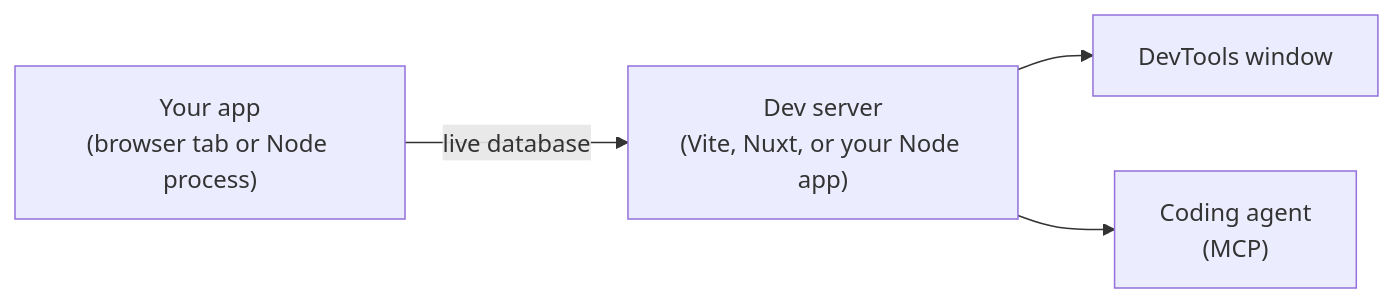
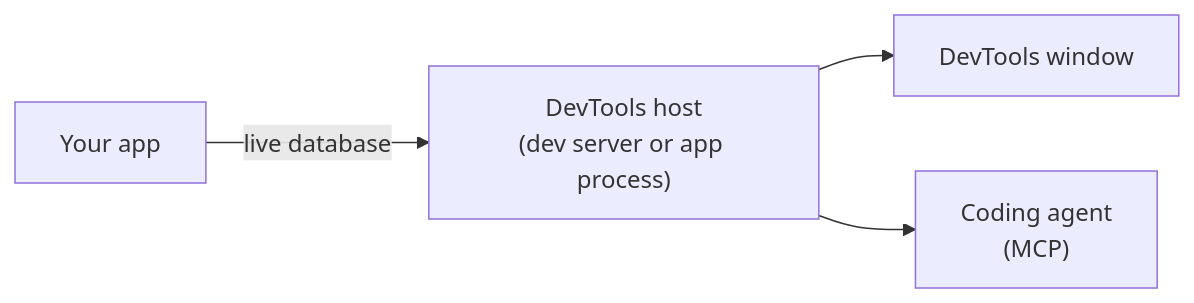
The diagram in tools/devtools-overview.mdx (powersync-ja/powersync-docs), drawn with Mermaid before and after one commit. The commit also changed other lines of this file and 5 other files, not shown here.

Commit message:
docs: Add Capacitor setup page to PowerSync DevTools

````diff
--- a/tools/devtools-overview.mdx
+++ b/tools/devtools-overview.mdx
@@ -33,6 +33,6 @@
 ```mermaid
 flowchart LR
-  App["Your app<br/>(browser tab or Node process)"] -- "live database" --> Host["Dev server<br/>(Vite, Nuxt, or your Node app)"]
+  App["Your app"] -- "live database" --> Host["DevTools host<br/>(dev server or app process)"]
   Host --> UI["DevTools window"]
   Host --> Agent["Coding agent<br/>(MCP)"]
 ```
````
